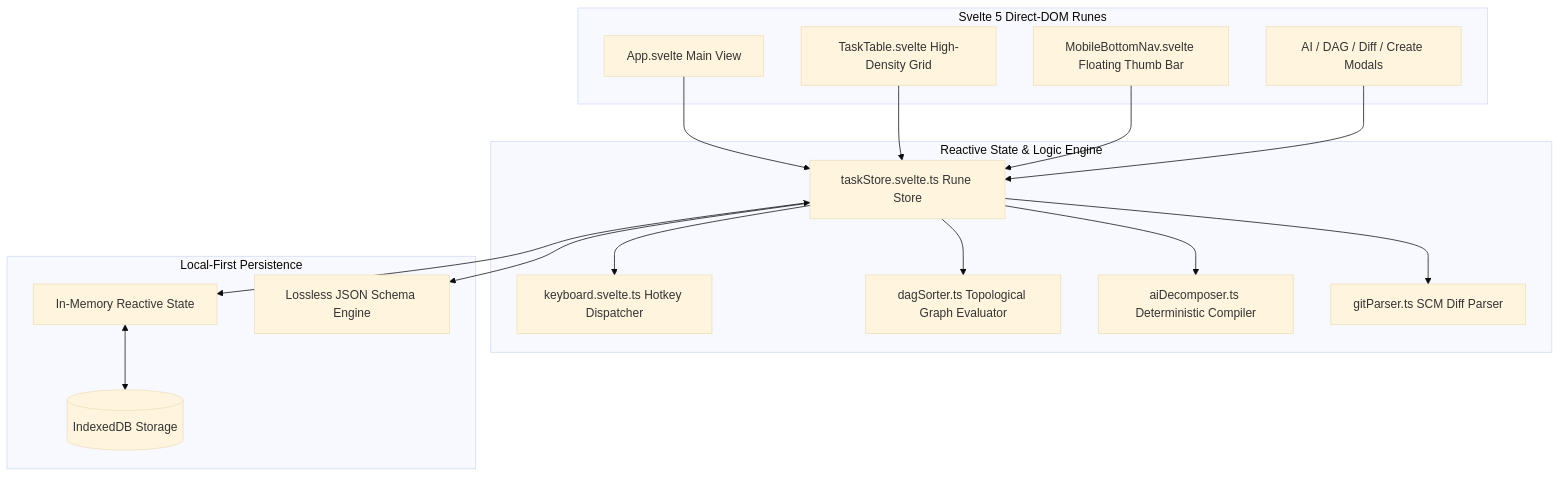
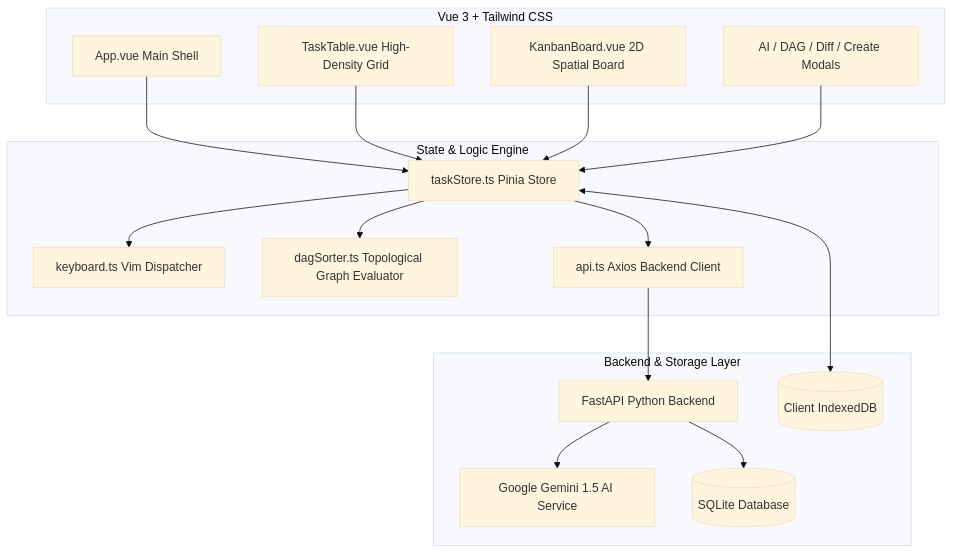
The diagram in README.md (tupm2006/koshi), drawn with Mermaid (base theme) before and after one commit. The commit also changed other lines of this file and 3 other files, not shown here.

Commit message:
docs: generate URD and SRS specification document and update README architecture

````diff
--- a/README.md
+++ b/README.md
@@ -41,37 +42,36 @@
 ```mermaid
 graph TB
-    subgraph UI Layer [Svelte 5 Direct-DOM Runes]
-        App[App.svelte Main View]
-        Table[TaskTable.svelte High-Density Grid]
-        MobNav[MobileBottomNav.svelte Floating Thumb Bar]
+    subgraph UI Layer [Vue 3 + Tailwind CSS]
+        App[App.vue Main Shell]
+        Table[TaskTable.vue High-Density Grid]
+        Kanban[KanbanBoard.vue 2D Spatial Board]
         Modals[AI / DAG / Diff / Create Modals]
     end
 
-    subgraph Reactive State & Logic Engine
-        Store[taskStore.svelte.ts Rune Store]
-        Kbd[keyboard.svelte.ts Hotkey Dispatcher]
+    subgraph State & Logic Engine
+        Store[taskStore.ts Pinia Store]
+        Kbd[keyboard.ts Vim Dispatcher]
         DAG[dagSorter.ts Topological Graph Evaluator]
-        AI[aiDecomposer.ts Deterministic Compiler]
-        Git[gitParser.ts SCM Diff Parser]
+        API[api.ts Axios Backend Client]
     end
 
-    subgraph Storage Layer [Local-First Persistence]
-        IDB[(IndexedDB Storage)]
-        MemCache[In-Memory Reactive State]
-        JSONExport[Lossless JSON Schema Engine]
+    subgraph Backend & Storage Layer
+        FastAPI[FastAPI Python Backend]
+        Gemini[Google Gemini 1.5 AI Service]
+        SQLite[(SQLite Database)]
+        IDB[(Client IndexedDB)]
     end
 
     App --> Store
     Table --> Store
-    MobNav --> Store
+    Kanban --> Store
     Modals --> Store
 
     Store --> DAG
-    Store --> AI
-    Store --> Git
     Store --> Kbd
-
-    Store <--> MemCache
-    MemCache <--> IDB
-    Store --> JSONExport
+    Store --> API
+    API --> FastAPI
+    FastAPI --> Gemini
+    FastAPI --> SQLite
+    Store <--> IDB
 ```
````
